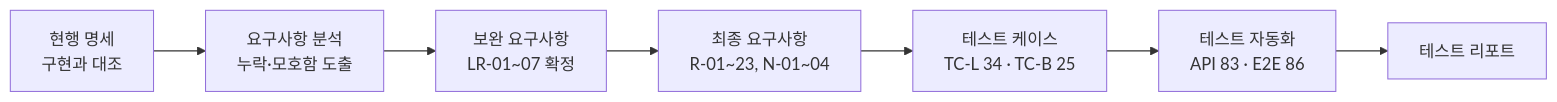
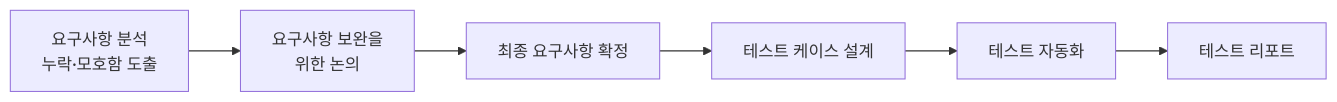
One commit to iwannayoon/mini-booking-qa changed the diagram in README.md. Above: the diagram before and after it, drawn with Mermaid. The commit also changed other lines of this file, not shown here.

````diff
--- a/README.md
+++ b/README.md
@@ -22,9 +10,8 @@
 ```mermaid
 flowchart LR
-    A[현행 명세<br/>구현과 대조] --> B[요구사항 분석<br/>누락·모호함 도출]
-    B --> C[보완 요구사항<br/>LR-01~07 확정]
-    C --> D[최종 요구사항<br/>R-01~23, N-01~04]
-    D --> E[테스트 케이스<br/>TC-L 34 · TC-B 25]
-    E --> F[테스트 자동화<br/>API 83 · E2E 86]
-    F --> G[테스트 리포트]
+    A[요구사항 분석<br/>누락·모호함 도출] --> B[요구사항 보완을<br/> 위한 논의]
+    B --> C[최종 요구사항 확정]
+    C --> D[테스트 케이스 설계]
+    D --> E[테스트 자동화]
+    E --> F[테스트 리포트]
 ```
````
